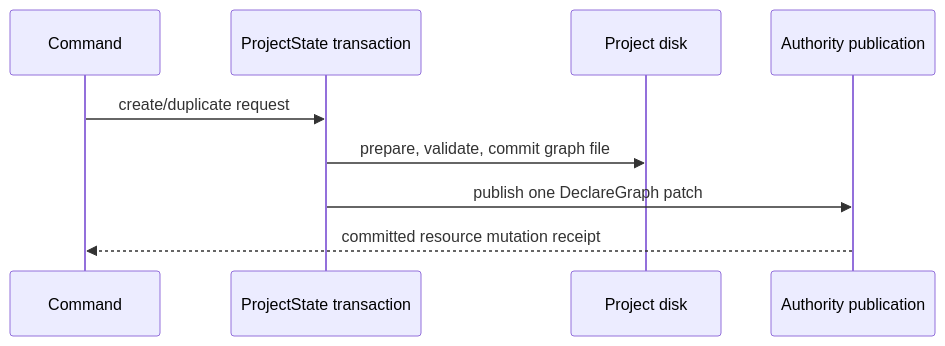
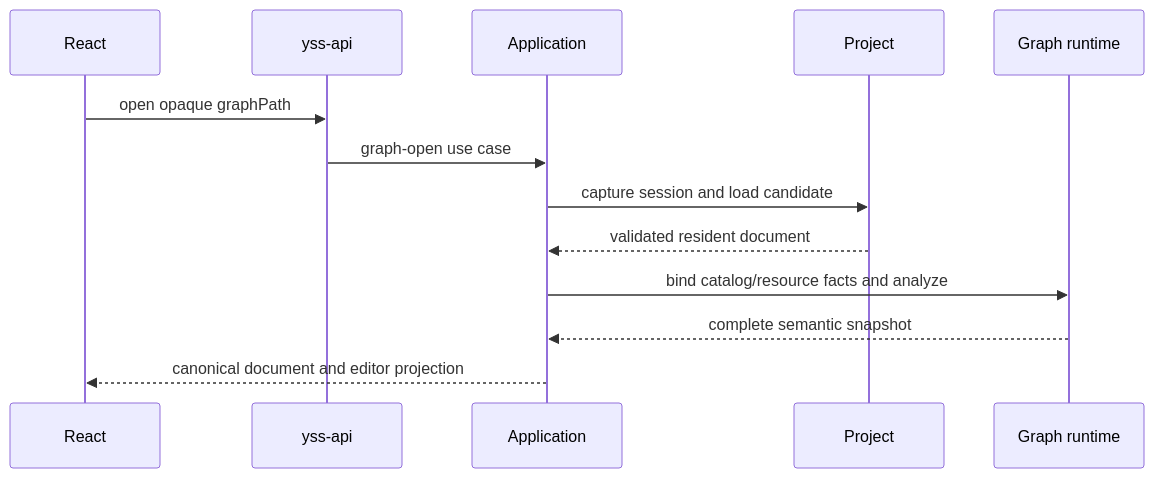
One commit to zhouyi207/YssBI changed the second of 2 diagrams in docs/architecture/ARCHITECTURE.md. Above: the diagram before and after it, drawn with Mermaid. The commit also changed other lines of this file and 30 other files, not shown here.

First line of the commit message:
docs(architecture): establish canonical documentation lifecycle

````diff
--- a/docs/architecture/ARCHITECTURE.md
+++ b/docs/architecture/ARCHITECTURE.md
@@ -413,11 +106,15 @@
 ```mermaid
 sequenceDiagram
-  participant C as Command
-  participant P as ProjectState transaction
-  participant D as Project disk
-  participant A as Authority publication
-  C->>P: create/duplicate request
-  P->>D: prepare, validate, commit graph file
-  P->>A: publish one DeclareGraph patch
-  A-->>C: committed resource mutation receipt
+  participant UI as React
+  participant API as yss-api
+  participant APP as Application
+  participant P as Project
+  participant G as Graph runtime
+  UI->>API: open opaque graphPath
+  API->>APP: graph-open use case
+  APP->>P: capture session and load candidate
+  P-->>APP: validated resident document
+  APP->>G: bind catalog/resource facts and analyze
+  G-->>APP: complete semantic snapshot
+  APP-->>UI: canonical document and editor projection
 ```
````
